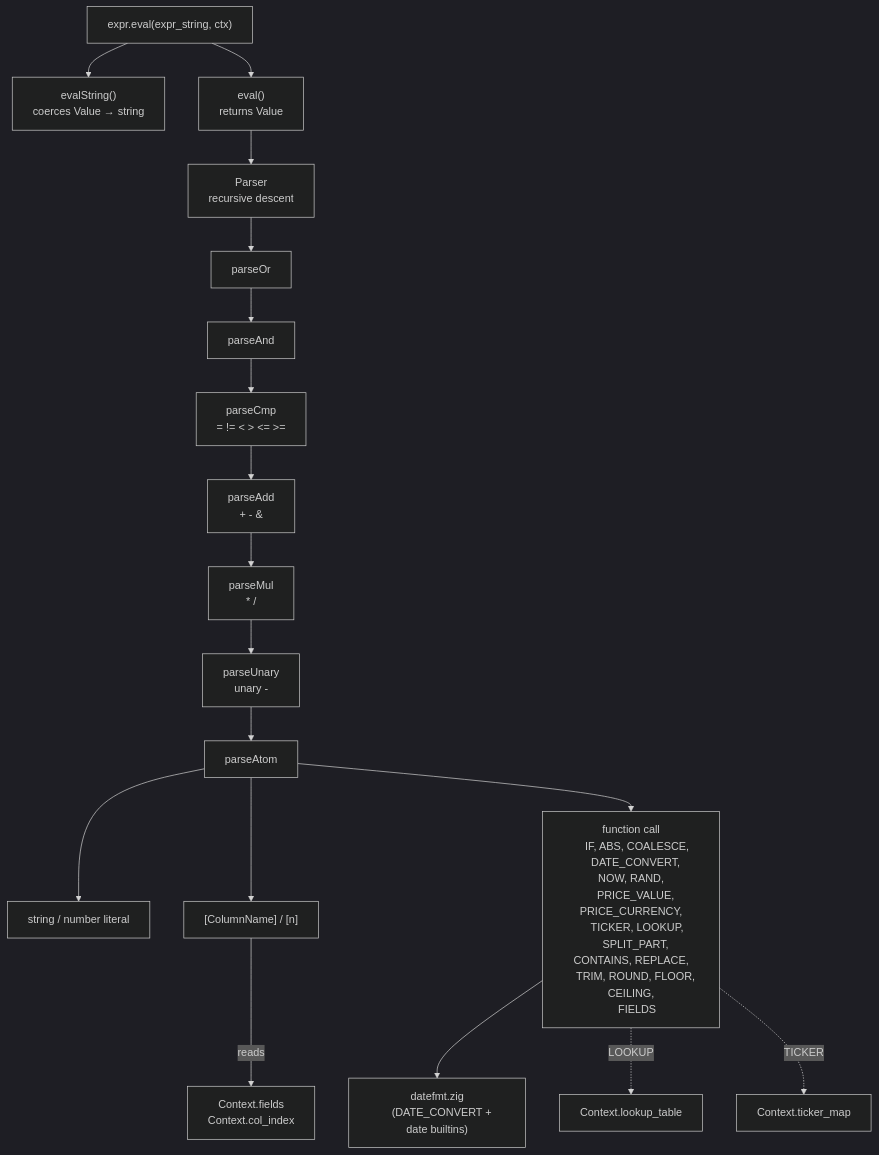
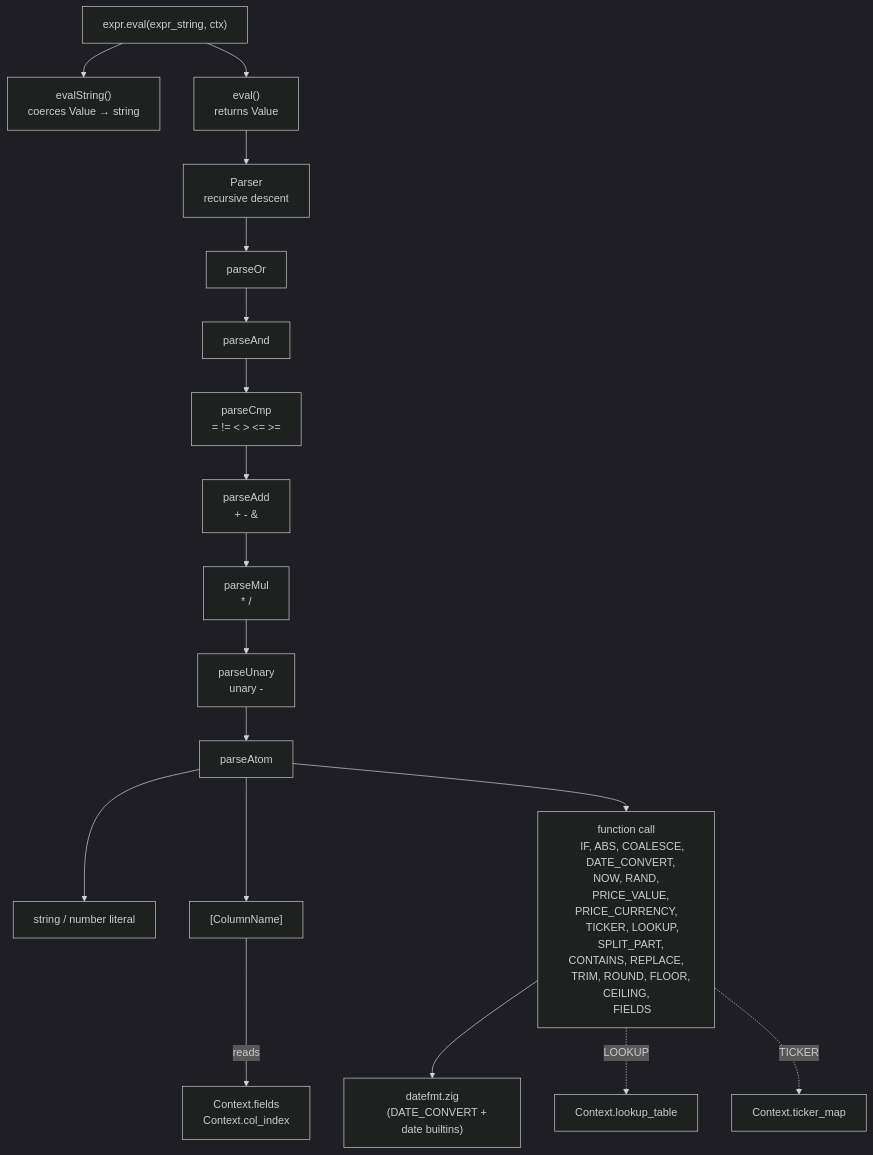
The fifth of 15 diagrams in docs/architecture.md (zaxified/bxp), drawn with Mermaid (dark theme) before and after one commit. The commit also changed other lines of this file and 6 other files, not shown here.

First line of the commit message:
expr: fix optimization-path field-access bugs; bracket refs are name-only

````diff
--- a/docs/architecture.md
+++ b/docs/architecture.md
@@ -389,38 +389,38 @@
 ```mermaid
 graph TD
     CALL["expr.eval(expr_string, ctx)"]
     CALL --> ES["evalString()
     coerces Value → string"]
     CALL --> EV["eval()
     returns Value"]
     EV --> PARSE["Parser
     recursive descent"]
     PARSE --> OR["parseOr"]
     OR --> AND["parseAnd"]
     AND --> CMP["parseCmp
     = != < > <= >="]
     CMP --> ADD["parseAdd
     + - &"]
     ADD --> MUL["parseMul
     * /"]
     MUL --> UNARY["parseUnary
     unary -"]
     UNARY --> ATOM["parseAtom"]
     ATOM --> LIT["string / number literal"]
-    ATOM --> FIELD["[ColumnName] / [n]"]
+    ATOM --> FIELD["[ColumnName]"]
     ATOM --> FUNC["function call
     IF, ABS, COALESCE,
     DATE_CONVERT, NOW, RAND,
     PRICE_VALUE, PRICE_CURRENCY,
     TICKER, LOOKUP,
     SPLIT_PART, CONTAINS, REPLACE,
     TRIM, ROUND, FLOOR, CEILING,
     FIELDS"]
     FUNC --> DATEFMT_CALL["datefmt.zig
     (DATE_CONVERT + date builtins)"]
 
     FIELD -->|reads| CTX_FIELDS["Context.fields
     Context.col_index"]
     FUNC -.LOOKUP.-> CTX_LT["Context.lookup_table"]
     FUNC -.TICKER.-> CTX_TM["Context.ticker_map"]
 ```
````
